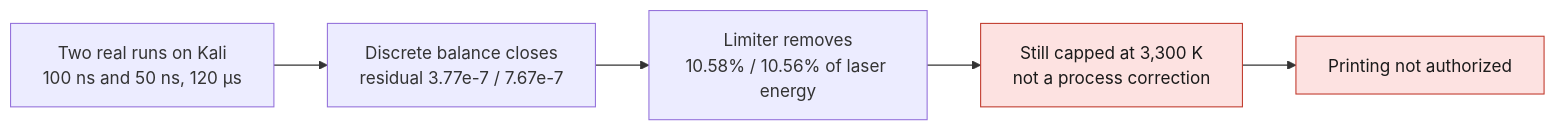
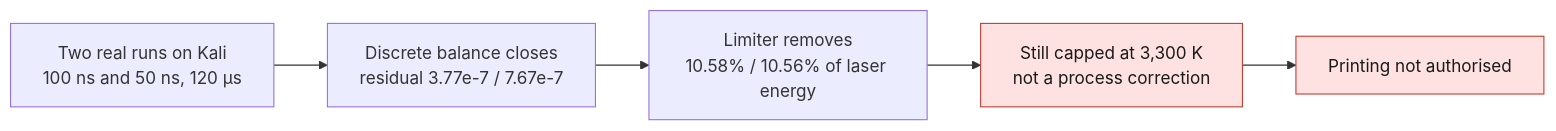
Before and after one commit to cluster2600/porscheparts: the diagram in docs/reports/917_F58_COUPON_ENERGY_DIAGNOSTIC.md, drawn with Mermaid. The commit also changed other lines of this file and 480 other files, not shown here.

````diff
--- a/docs/reports/917_F58_COUPON_ENERGY_DIAGNOSTIC.md
+++ b/docs/reports/917_F58_COUPON_ENERGY_DIAGNOSTIC.md
@@ -3,9 +3,9 @@
 ```mermaid
 flowchart LR
   A["Two real runs on Kali<br/>100 ns and 50 ns, 120 µs"] --> B["Discrete balance closes<br/>residual 3.77e-7 / 7.67e-7"]
   B --> C["Limiter removes<br/>10.58% / 10.56% of laser energy"]
   C --> D["Still capped at 3,300 K<br/>not a process correction"]
-  D --> E["Printing not authorized"]
+  D --> E["Printing not authorised"]
   classDef stop fill:#fde2e1,stroke:#c0392b,color:#1a1a1a;
   class D,E stop;
 ```
````
